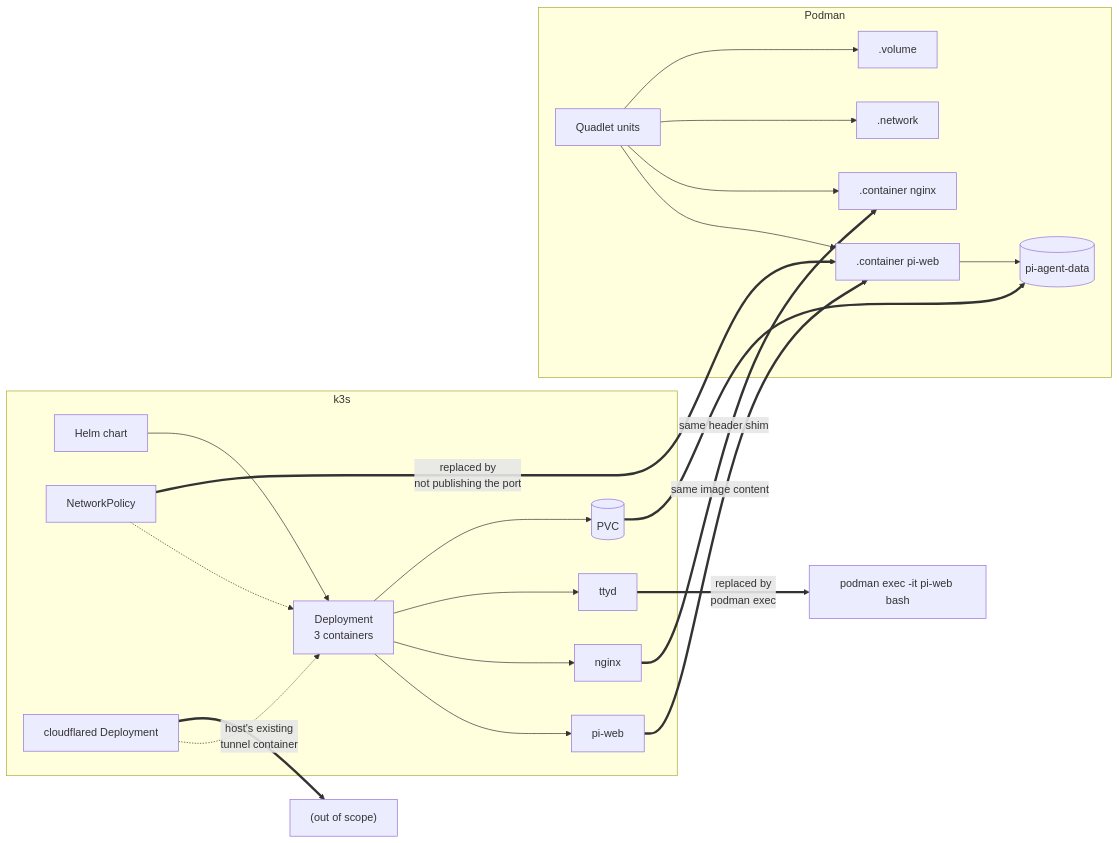
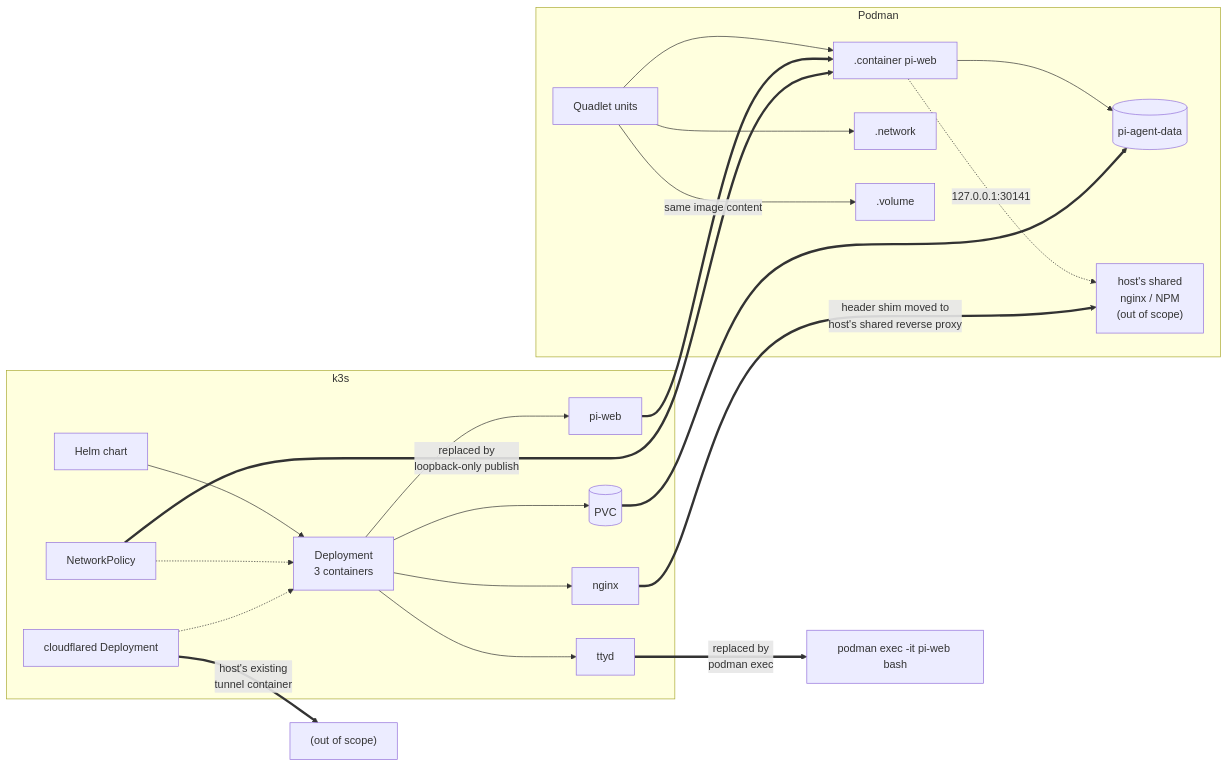
The fifth of 5 diagrams in docs/ARCHITECTURE.md (WOOWTECH/Woow_podman_pi_agent_package), drawn with Mermaid before and after one commit. The commit also changed other lines of this file and 14 other files, not shown here.

````diff
--- a/docs/ARCHITECTURE.md
+++ b/docs/ARCHITECTURE.md
@@ -188,27 +230,27 @@
 ```mermaid
 graph LR
     subgraph K3S["k3s"]
         HELM["Helm chart"] --> DEP["Deployment<br/>3 containers"]
         DEP --> C1["pi-web"]
         DEP --> C2["nginx"]
         DEP --> C3["ttyd"]
         DEP --> PVC[("PVC")]
         NP["NetworkPolicy"] -.-> DEP
         CFD["cloudflared Deployment"] -.-> DEP
     end
 
     subgraph POD["Podman"]
         QD["Quadlet units"] --> Q1[".container pi-web"]
-        QD --> Q2[".container nginx"]
         QD --> Q3[".network"]
         QD --> Q4[".volume"]
         Q1 --> PV[("pi-agent-data")]
+        Q1 -.->|"127.0.0.1:30141"| PROXY["host's shared<br/>nginx / NPM<br/>(out of scope)"]
     end
 
     C1 ==>|"same image content"| Q1
-    C2 ==>|"same header shim"| Q2
+    C2 ==>|"header shim moved to<br/>host's shared reverse proxy"| PROXY
     C3 ==>|"replaced by<br/>podman exec"| SHELL["podman exec -it pi-web bash"]
     PVC ==> PV
-    NP ==>|"replaced by<br/>not publishing the port"| Q1
+    NP ==>|"replaced by<br/>loopback-only publish"| Q1
     CFD ==>|"host's existing<br/>tunnel container"| EXT["(out of scope)"]
 ```
````
